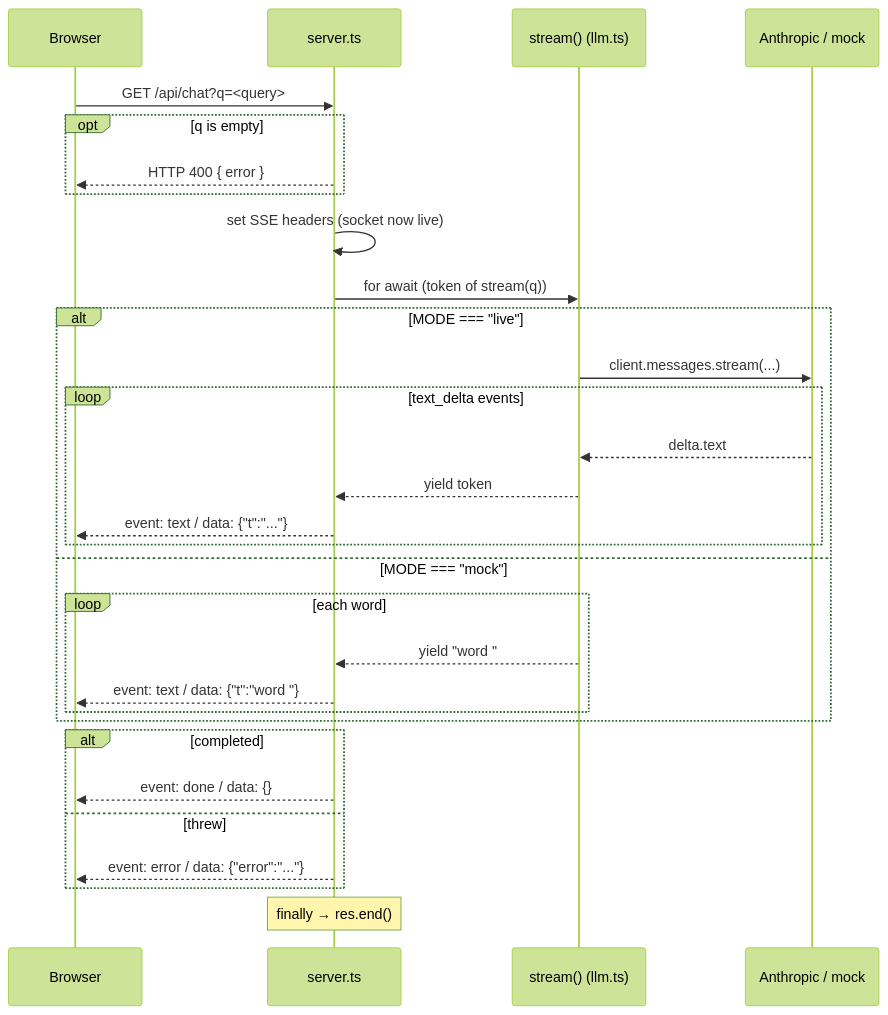
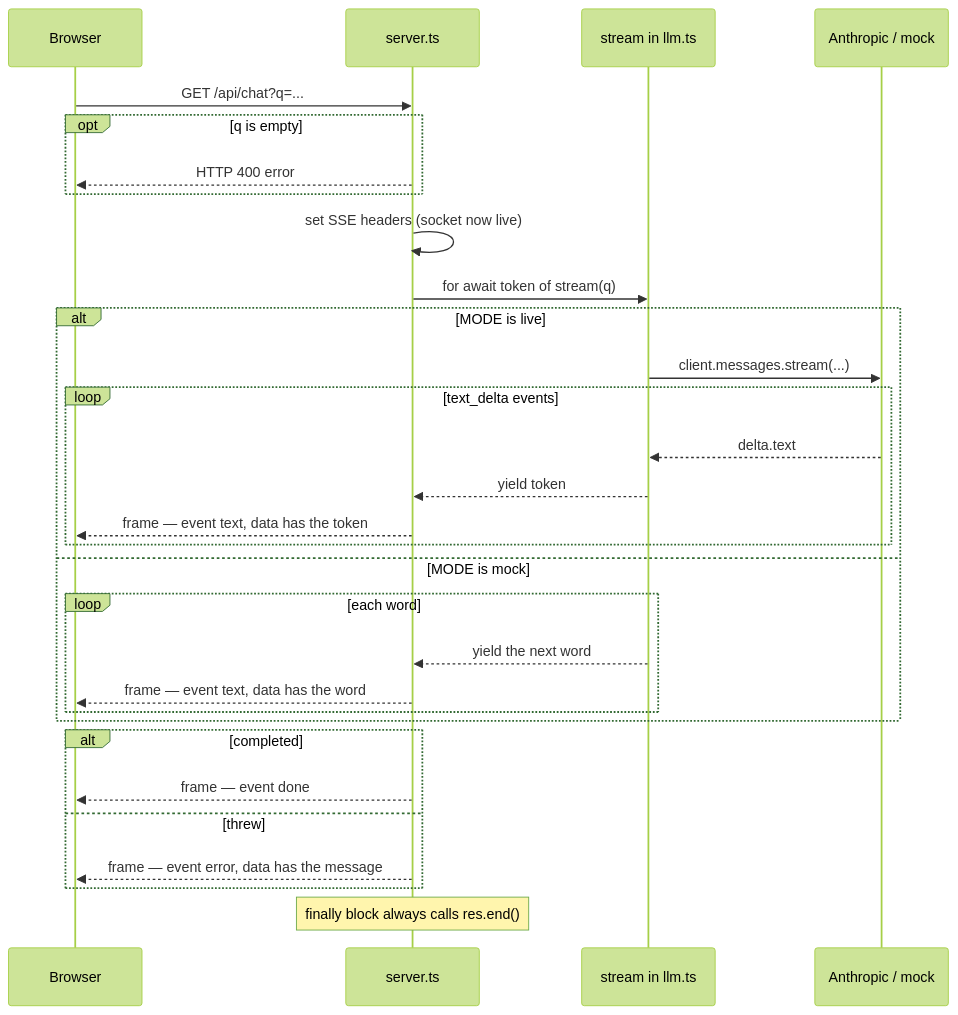
Before and after one commit to ArikEpstein/ai-arena: the first of 3 diagrams in DATAFLOW.md, drawn with Mermaid (forest theme). The commit also changed other lines of this file and 14 other files, not shown here.

First line of the commit message:
Polish for publish: fix mermaid diagrams, add demo GIF + Pages meta, health files, 0 vulns

````diff
--- a/DATAFLOW.md
+++ b/DATAFLOW.md
@@ -55,33 +55,33 @@
 ```mermaid
 sequenceDiagram
     participant Browser
     participant Express as server.ts
-    participant StreamFn as stream() (llm.ts)
+    participant StreamFn as stream in llm.ts
     participant Model as Anthropic / mock
 
-    Browser->>Express: GET /api/chat?q=<query>
+    Browser->>Express: GET /api/chat?q=...
     opt q is empty
-        Express-->>Browser: HTTP 400 { error }
+        Express-->>Browser: HTTP 400 error
     end
     Express->>Express: set SSE headers (socket now live)
-    Express->>StreamFn: for await (token of stream(q))
-    alt MODE === "live"
+    Express->>StreamFn: for await token of stream(q)
+    alt MODE is live
         StreamFn->>Model: client.messages.stream(...)
         loop text_delta events
             Model-->>StreamFn: delta.text
             StreamFn-->>Express: yield token
-            Express-->>Browser: event: text / data: {"t":"..."}
+            Express-->>Browser: frame — event text, data has the token
         end
-    else MODE === "mock"
+    else MODE is mock
         loop each word
-            StreamFn-->>Express: yield "word "
-            Express-->>Browser: event: text / data: {"t":"word "}
+            StreamFn-->>Express: yield the next word
+            Express-->>Browser: frame — event text, data has the word
         end
     end
     alt completed
-        Express-->>Browser: event: done / data: {}
+        Express-->>Browser: frame — event done
     else threw
-        Express-->>Browser: event: error / data: {"error":"..."}
+        Express-->>Browser: frame — event error, data has the message
     end
-    Note over Express: finally → res.end()
+    Note over Express: finally block always calls res.end()
 ```
````
